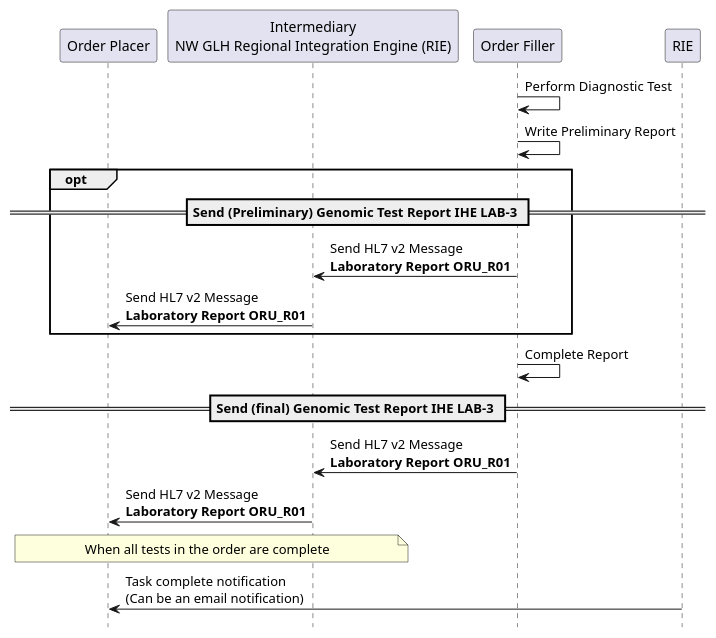
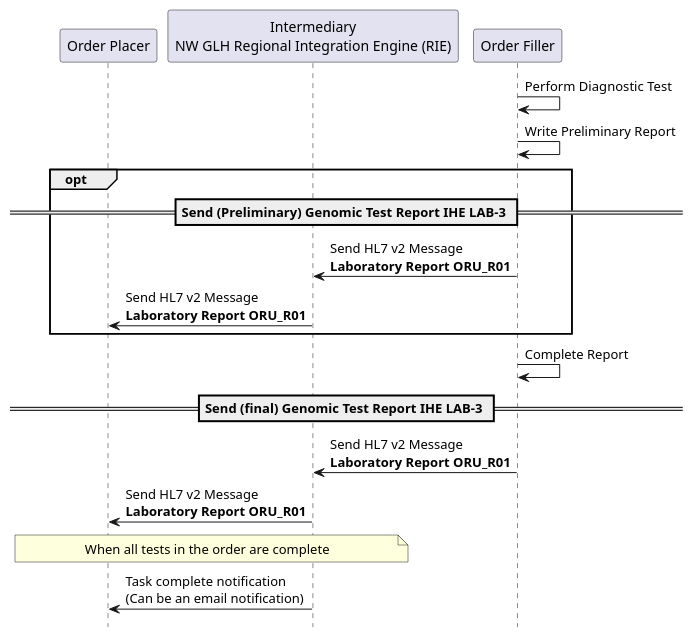
Before and after one commit to nw-gmsa/nw-gmsa.github.com: the diagram in input/images-source/LTW-usecase-2-sequence.plantuml, drawn with PlantUML. The commit also changed 1 other file, not shown here.

```diff
--- a/input/images-source/LTW-usecase-2-sequence.plantuml
+++ b/input/images-source/LTW-usecase-2-sequence.plantuml
@@ -1,28 +1,28 @@
 @startuml
 
 hide footbox
 
 participant "Order Placer" as EPR
 participant "Intermediary\nNW GLH Regional Integration Engine (RIE)" as TIE
 participant "Order Filler" as LIMS
 
 LIMS -> LIMS: Perform Diagnostic Test
 LIMS -> LIMS: Write Preliminary Report
 
 opt
 == Send (Preliminary) Genomic Test Report IHE LAB-3 ==
 LIMS -> TIE: Send HL7 v2 Message\n**Laboratory Report ORU_R01**
 TIE -> EPR: Send HL7 v2 Message\n**Laboratory Report ORU_R01**
 end
 LIMS -> LIMS: Complete Report
 
 == Send (final) Genomic Test Report IHE LAB-3 ==
 LIMS -> TIE: Send HL7 v2 Message\n**Laboratory Report ORU_R01**
 TIE -> EPR: Send HL7 v2 Message\n**Laboratory Report ORU_R01**
 
 note over EPR, TIE
 When all tests in the order are complete
 end note
-RIE -> EPR: Task complete notification\n(Can be an email notification)
+TIE -> EPR: Task complete notification\n(Can be an email notification)
 
 @enduml
```
